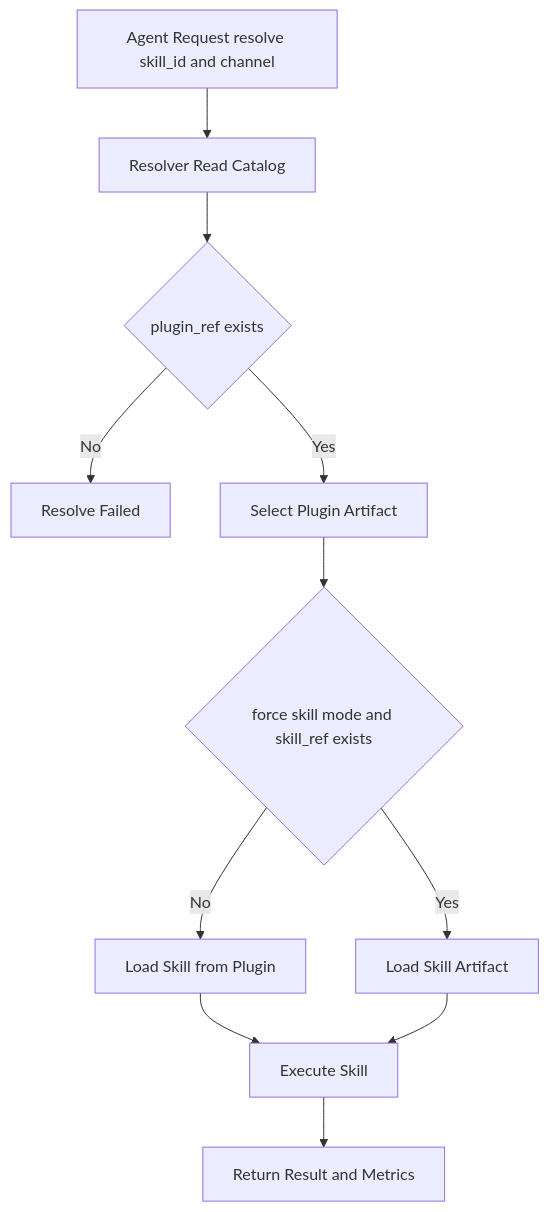
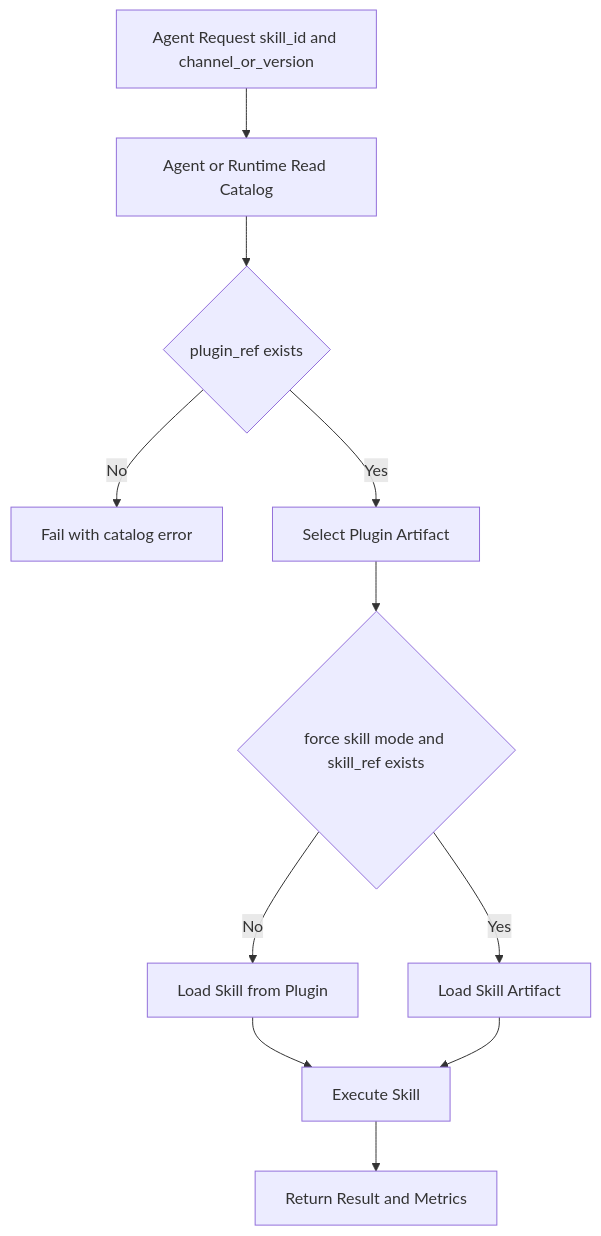
One commit to devbolin/skills changed the second of 3 diagrams in docs/phase1/FLOW.md. Above: the diagram before and after it, drawn with Mermaid. The commit also changed other lines of this file and 7 other files, not shown here.

````diff
--- a/docs/phase1/FLOW.md
+++ b/docs/phase1/FLOW.md
@@ -33,13 +35,13 @@
 ```mermaid
 flowchart TD
-  A[Agent Request resolve skill_id and channel] --> B[Resolver Read Catalog]
+  A[Agent Request skill_id and channel_or_version] --> B[Agent or Runtime Read Catalog]
   B --> C{plugin_ref exists}
-  C -- No --> X[Resolve Failed]
+  C -- No --> X[Fail with catalog error]
   C -- Yes --> D[Select Plugin Artifact]
   D --> E{force skill mode and skill_ref exists}
   E -- No --> F[Load Skill from Plugin]
   E -- Yes --> G[Load Skill Artifact]
   F --> H[Execute Skill]
   G --> H
   H --> I[Return Result and Metrics]
 ```
````
